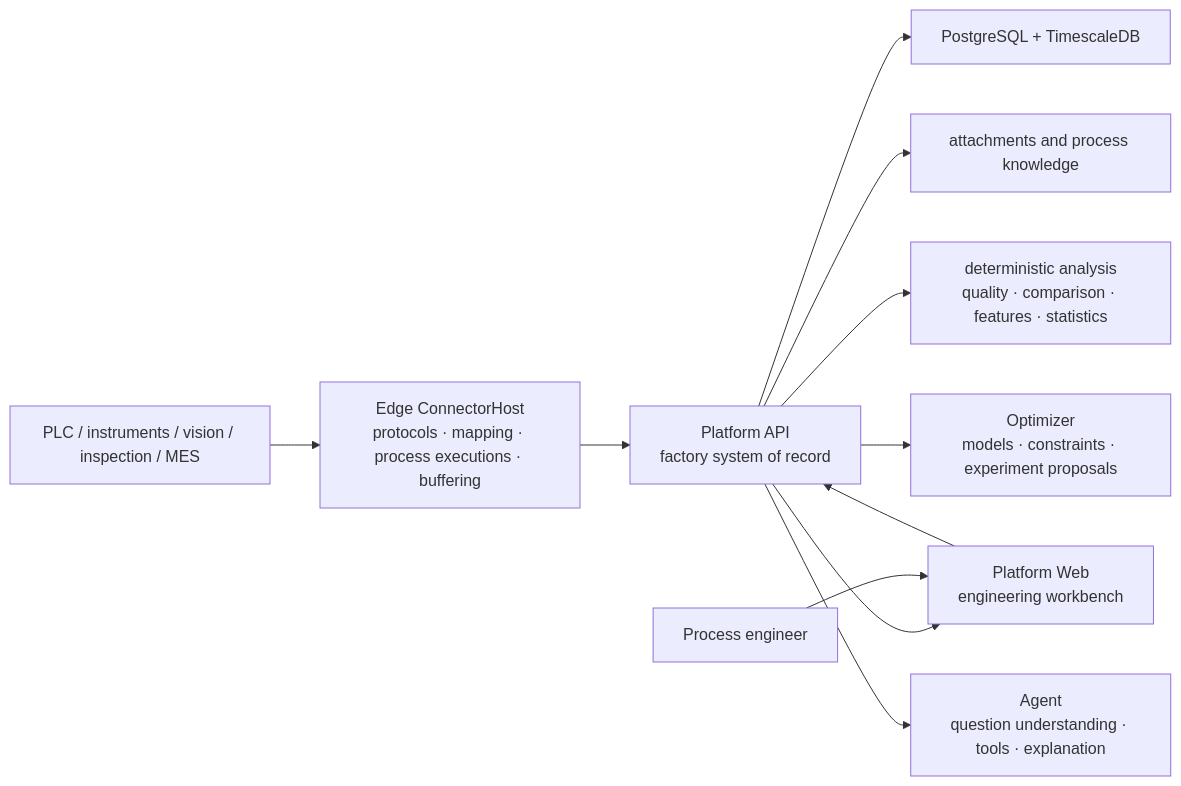
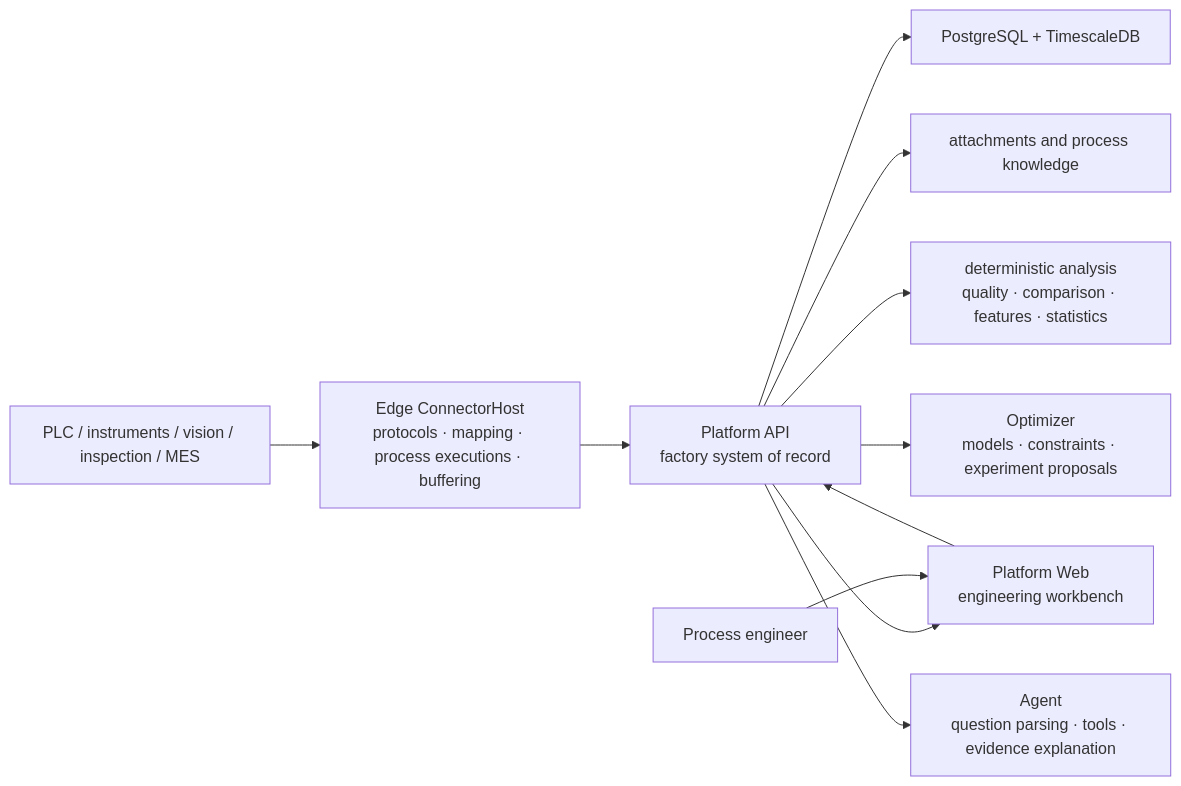
The diagram in docs/design.en.md (liuweichaox/Ingot), drawn with Mermaid before and after one commit. The commit also changed other lines of this file and 68 other files, not shown here.

````diff
--- a/docs/design.en.md
+++ b/docs/design.en.md
@@ -45,13 +45,13 @@
 ```mermaid
 flowchart LR
     Sources["PLC / instruments / vision / inspection / MES"] --> Edge["Edge ConnectorHost\nprotocols · mapping · process executions · buffering"]
     Edge --> Platform["Platform API\nfactory system of record"]
     Platform --> DB["PostgreSQL + TimescaleDB"]
     Platform --> Files["attachments and process knowledge"]
     Platform --> Web["Platform Web\nengineering workbench"]
     Platform --> Analysis["deterministic analysis\nquality · comparison · features · statistics"]
     Platform --> Optimizer["Optimizer\nmodels · constraints · experiment proposals"]
-    Platform --> Agent["Agent\nquestion understanding · tools · explanation"]
+    Platform --> Agent["Agent\nquestion parsing · tools · evidence explanation"]
     Engineer["Process engineer"] --> Web
     Web --> Platform
 ```
````
